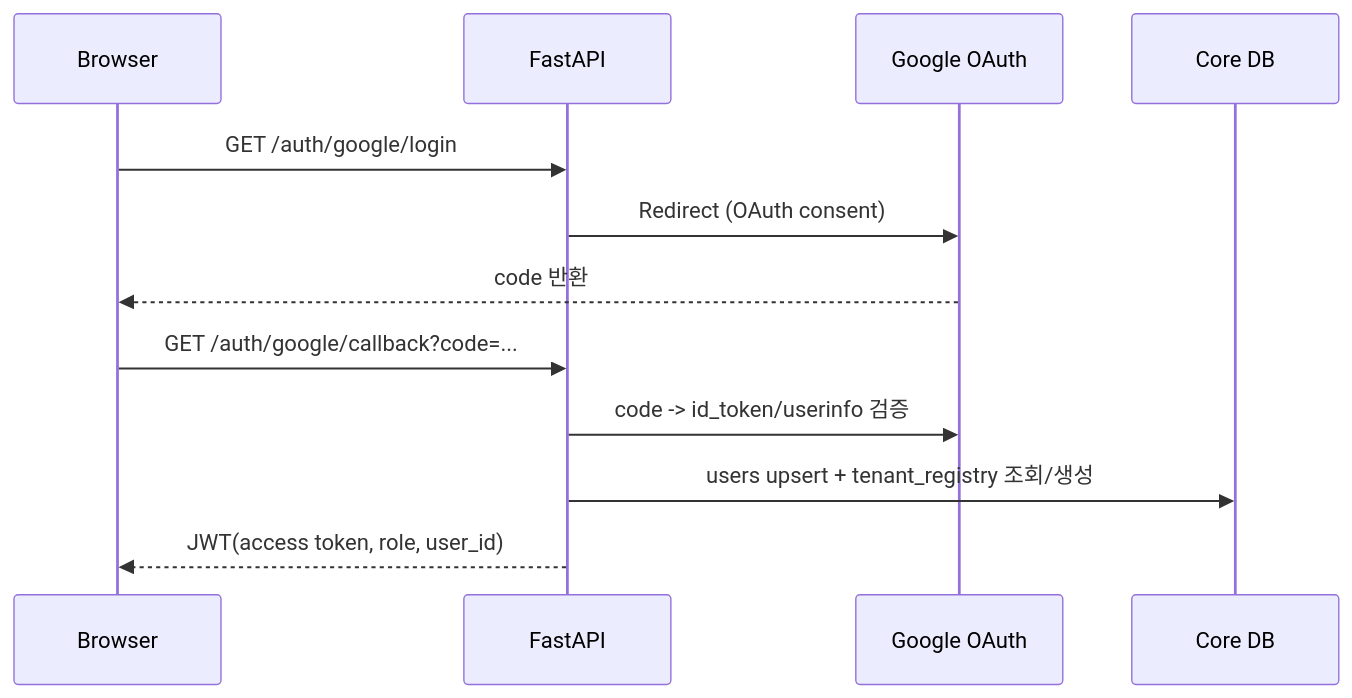
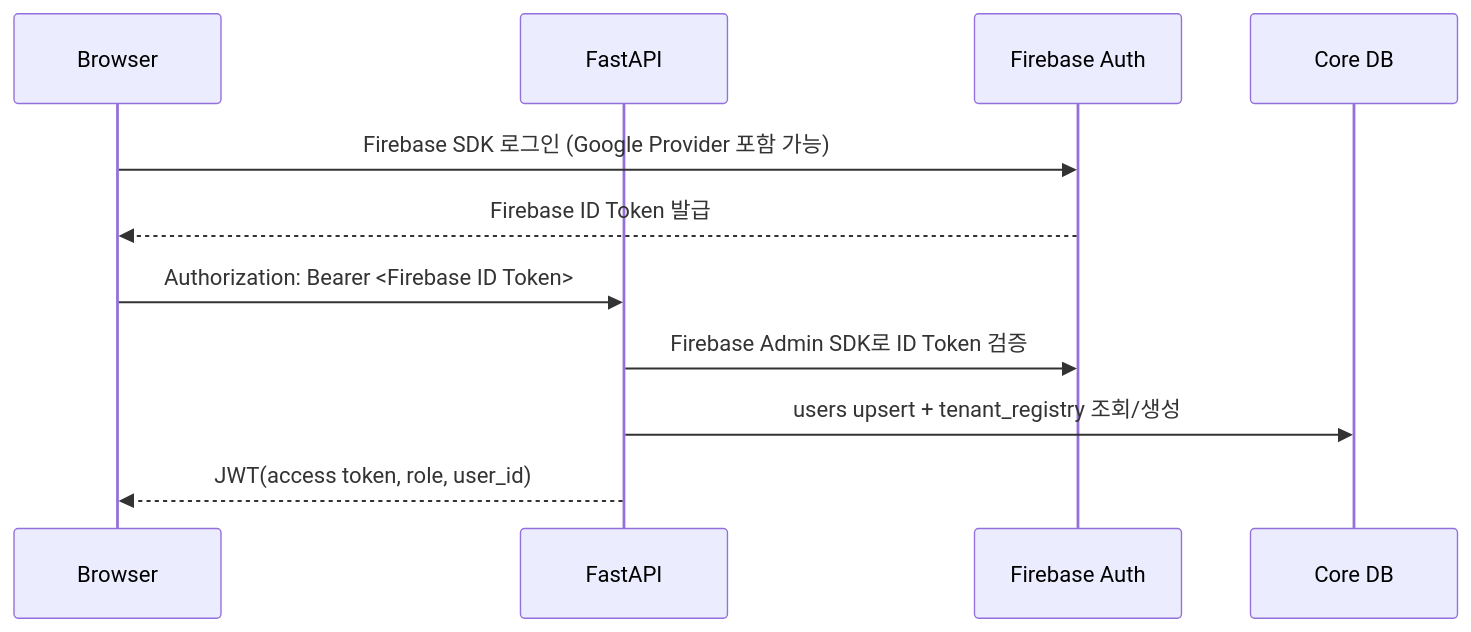
Before and after one commit to MeDeoDuck/Moabom_Prototype: the second of 2 diagrams in GOOGLE_SIGNUP_MULTI_TENANT_MVP_STRUCTURE.md, drawn with Mermaid. The commit also changed other lines of this file and 1 other file, not shown here.

````diff
--- a/GOOGLE_SIGNUP_MULTI_TENANT_MVP_STRUCTURE.md
+++ b/GOOGLE_SIGNUP_MULTI_TENANT_MVP_STRUCTURE.md
@@ -145,15 +145,14 @@
 ```mermaid
 sequenceDiagram
     participant B as Browser
     participant API as FastAPI
-    participant G as Google OAuth
+    participant F as Firebase Auth
     participant C as Core DB
 
-    B->>API: GET /auth/google/login
-    API->>G: Redirect (OAuth consent)
-    G-->>B: code 반환
-    B->>API: GET /auth/google/callback?code=...
-    API->>G: code -> id_token/userinfo 검증
+    B->>F: Firebase SDK 로그인 (Google Provider 포함 가능)
+    F-->>B: Firebase ID Token 발급
+    B->>API: Authorization: Bearer <Firebase ID Token>
+    API->>F: Firebase Admin SDK로 ID Token 검증
     API->>C: users upsert + tenant_registry 조회/생성
     API-->>B: JWT(access token, role, user_id)
 ```
````
